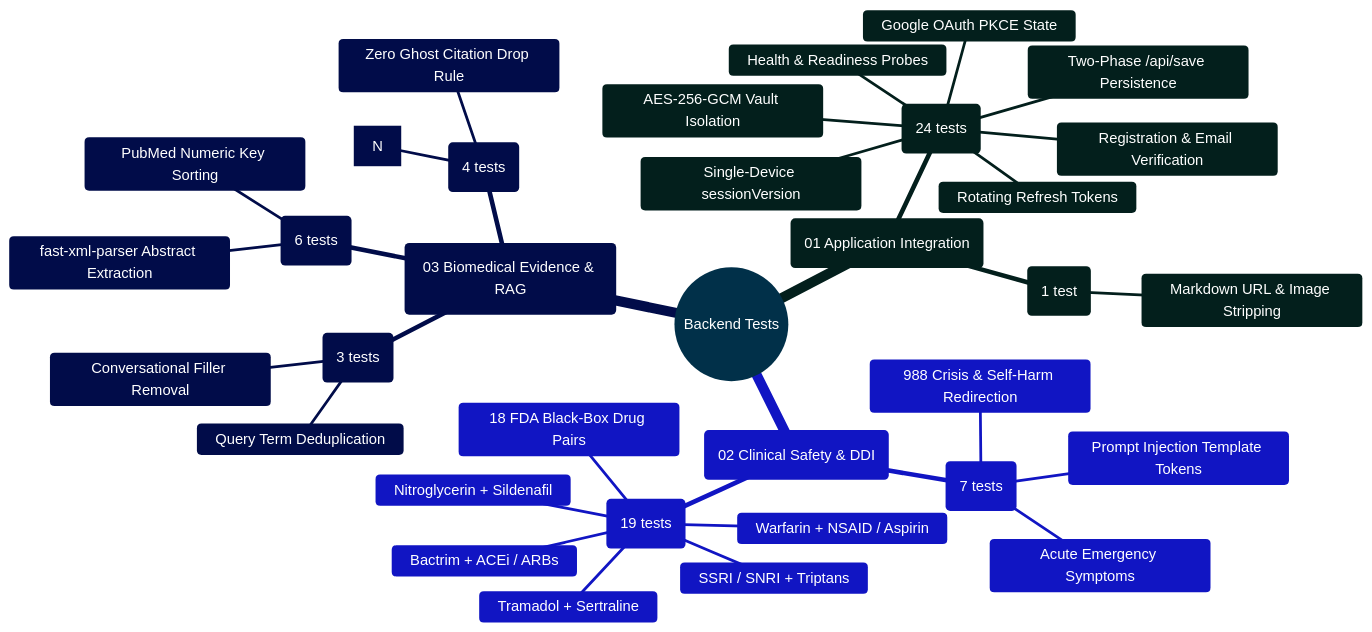
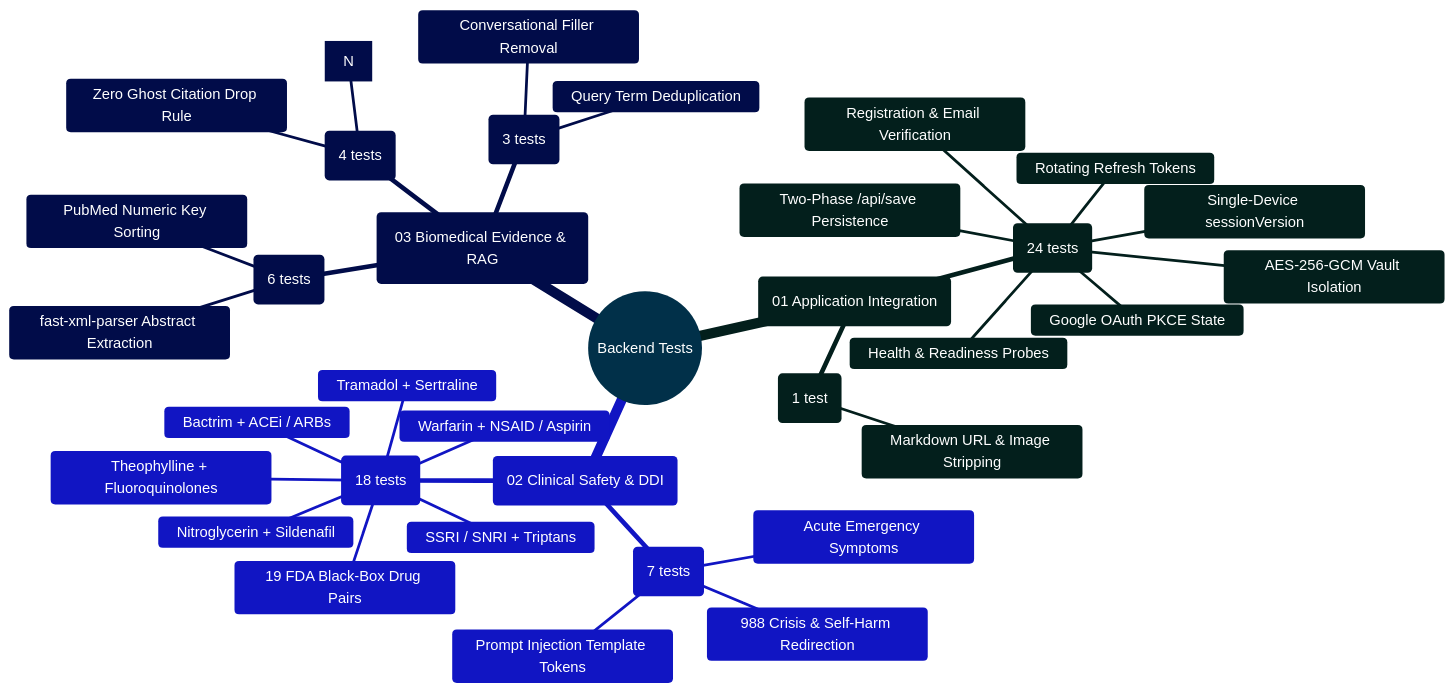
Before and after one commit to Ganesh172919/React-App-LLM: the diagram in backend/test/README.md, drawn with Mermaid. The commit also changed other lines of this file and 19 other files, not shown here.

````diff
--- a/backend/test/README.md
+++ b/backend/test/README.md
@@ -52,39 +52,40 @@
 ```mermaid
 %%{init: {'theme': 'base', 'themeVariables': { 'primaryColor': '#0284c7', 'primaryTextColor': '#ffffff', 'primaryBorderColor': '#0369a1', 'lineColor': '#0284c7', 'secondaryColor': '#0d9488', 'tertiaryColor': '#6366f1' }}}%%
 mindmap
   root((Backend Tests))
     ::icon(fa fa-vial)
     (01 Application Integration)
       application.test.js (24 tests)
         Health & Readiness Probes
         Registration & Email Verification
         Google OAuth PKCE State
         Rotating Refresh Tokens
         Single-Device sessionVersion
         Two-Phase /api/save Persistence
         AES-256-GCM Vault Isolation
       chatTitle.test.js (1 test)
         Markdown URL & Image Stripping
     (02 Clinical Safety & DDI)
       safetyService.test.js (7 tests)
         988 Crisis & Self-Harm Redirection
         Acute Emergency Symptoms
         Prompt Injection Template Tokens
-      interactionService.test.js (19 tests)
-        18 FDA Black-Box Drug Pairs
+      interactionService.test.js (18 tests)
+        19 FDA Black-Box Drug Pairs
         Warfarin + NSAID / Aspirin
         Nitroglycerin + Sildenafil
         Tramadol + Sertraline
         SSRI / SNRI + Triptans
         Bactrim + ACEi / ARBs
+        Theophylline + Fluoroquinolones
     (03 Biomedical Evidence & RAG)
       pubmedService.test.js (3 tests)
         Query Term Deduplication
         Conversational Filler Removal
       providers.test.js (6 tests)
         PubMed Numeric Key Sorting
         fast-xml-parser Abstract Extraction
       citationService.test.js (4 tests)
         Numerical Citation Bracket Matching [N]
         Zero Ghost Citation Drop Rule
 ```
````
